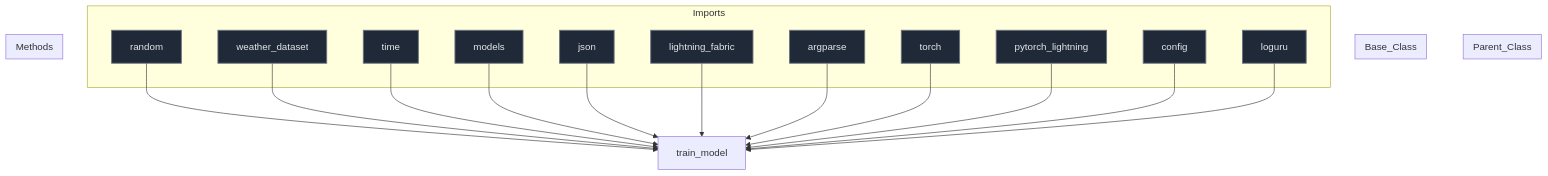
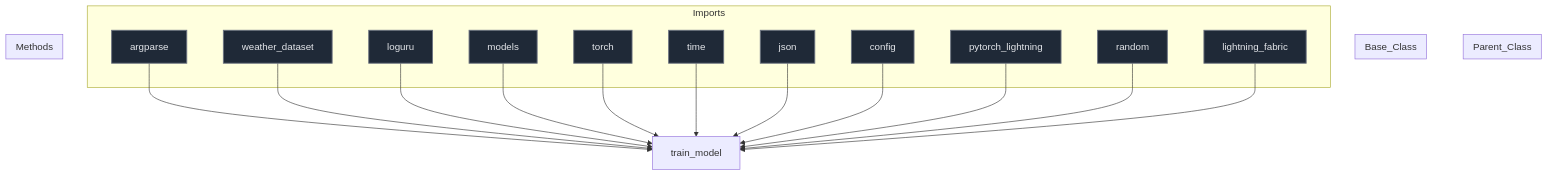
Before and after one commit to mllam/neural-lam: the diagram in docs/diagrams/train_model_diagram.md, drawn with Mermaid. The commit also changed 19 other files, not shown here.

Commit message:
Auto-update Mermaid diagrams

````diff
--- a/docs/diagrams/train_model_diagram.md
+++ b/docs/diagrams/train_model_diagram.md
@@ -1,51 +1,51 @@
 ```mermaid
 %%{init: {'flowchart': {'nodeSpacing': 60, 'rankSpacing': 80}}}%%
 flowchart TD
 
 module["train_model"]
 
 subgraph Parent_Class
 end
 
 subgraph Base_Class
 end
 
 
 subgraph Imports
+    argparse["argparse"]
+    weather_dataset["weather_dataset"]
+    loguru["loguru"]
+    models["models"]
+    torch["torch"]
+    time["time"]
+    json["json"]
+    config["config"]
+    pytorch_lightning["pytorch_lightning"]
     random["random"]
-    weather_dataset["weather_dataset"]
-    time["time"]
-    models["models"]
-    json["json"]
     lightning_fabric["lightning_fabric"]
-    argparse["argparse"]
-    torch["torch"]
-    pytorch_lightning["pytorch_lightning"]
-    config["config"]
-    loguru["loguru"]
 end
 
+    argparse --> module
+    weather_dataset --> module
+    loguru --> module
+    models --> module
+    torch --> module
+    time --> module
+    json --> module
+    config --> module
+    pytorch_lightning --> module
     random --> module
-    weather_dataset --> module
-    time --> module
-    models --> module
-    json --> module
     lightning_fabric --> module
-    argparse --> module
-    torch --> module
-    pytorch_lightning --> module
-    config --> module
-    loguru --> module
 
 subgraph Methods
 end
 
 
 classDef parent fill:#0f172a,stroke:#3b82f6,stroke-width:2px,color:#f1f5f9,font-size:16px
 classDef base fill:#78350f,stroke:#f59e0b,stroke-width:1px,color:#fde68a,font-size:16px
 classDef import fill:#1f2937,stroke:#6b7280,stroke-width:1.5px,color:#e5e7eb,font-size:16px
 classDef method fill:#2d043f,stroke:#7c3aed,stroke-width:1.5px,color:#ede9fe,font-size:16px
 classDef callNode fill:#064e3b,stroke:#10b981,stroke-width:1.5px,color:#d1fae5,font-size:16px
-class random,weather_dataset,time,models,json,lightning_fabric,argparse,torch,pytorch_lightning,config,loguru import
+class argparse,weather_dataset,loguru,models,torch,time,json,config,pytorch_lightning,random,lightning_fabric import
 
 ```
````
